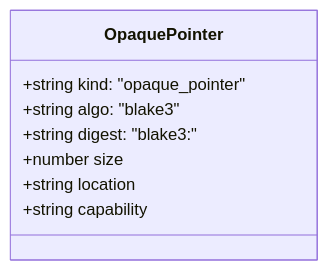
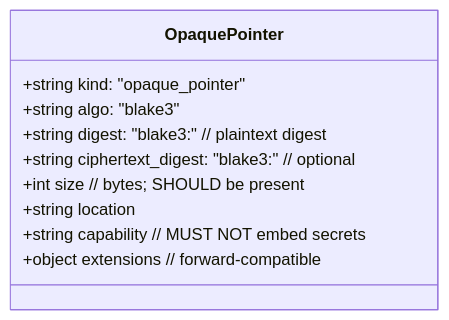
One commit to flyingrobots/gatos changed the eighth of 21 diagrams in docs/SPEC.md. Above: the diagram before and after it, drawn with Mermaid. The commit also changed other lines of this file and 13 other files, not shown here.

````diff
--- a/docs/SPEC.md
+++ b/docs/SPEC.md
@@ -312,11 +312,13 @@
 ```mermaid
 classDiagram
     class OpaquePointer {
         +string kind: "opaque_pointer"
         +string algo: "blake3"
-        +string digest: "blake3:<hex>"
-        +number size
+        +string digest: "blake3:<hex>"            // plaintext digest
+        +string ciphertext_digest: "blake3:<hex>"  // optional
+        +int    size                                // bytes; SHOULD be present
         +string location
-        +string capability
+        +string capability                          // MUST NOT embed secrets
+        +object extensions                          // forward-compatible
     }
 ```
````
